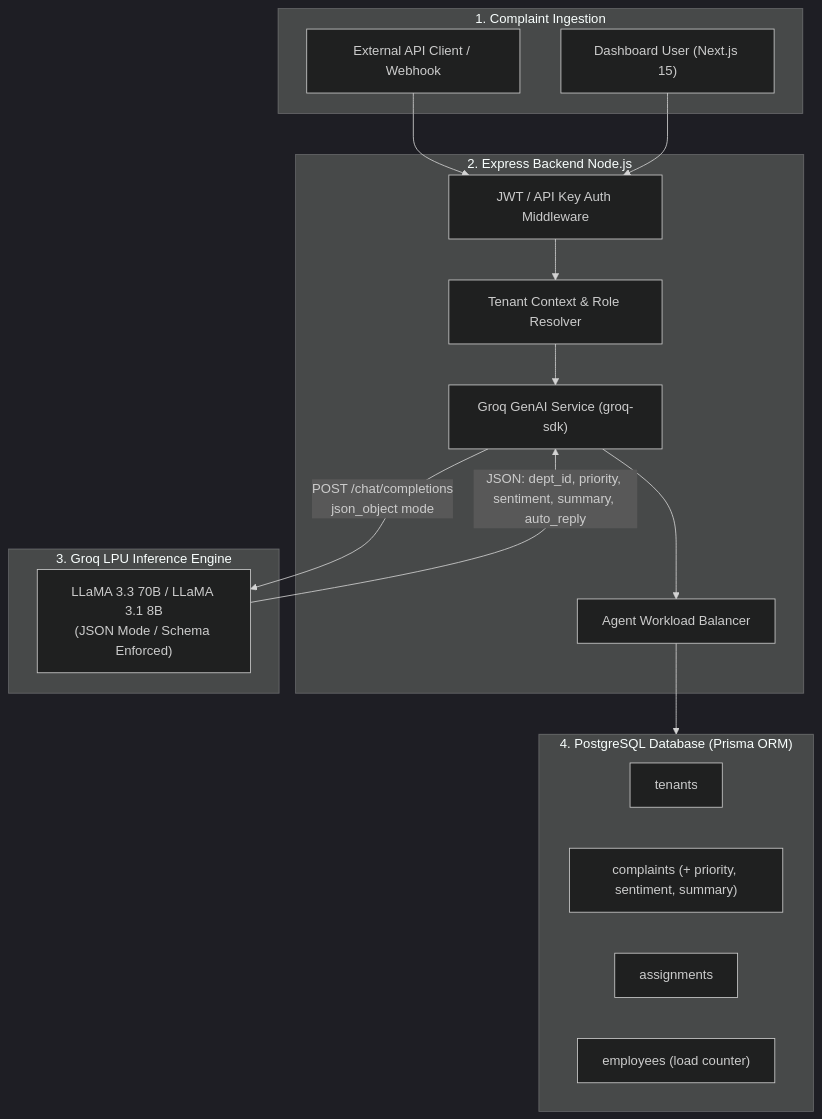
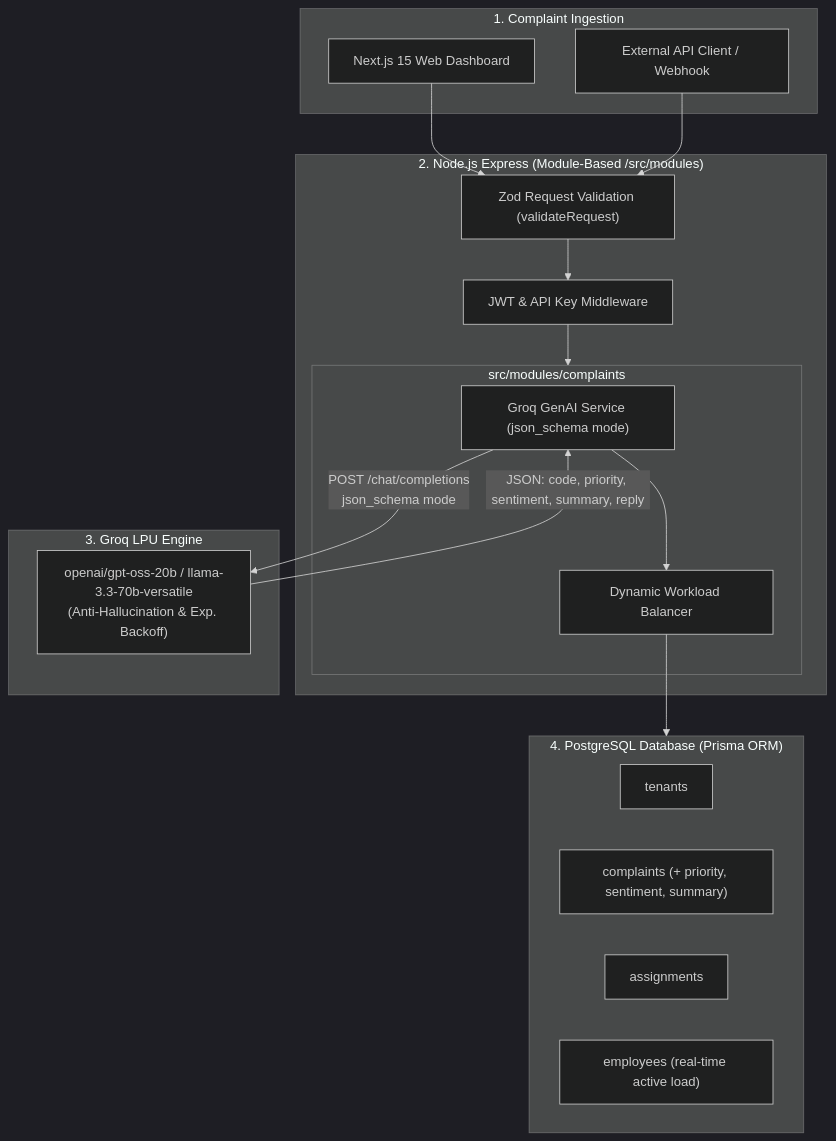
Before and after one commit to Amar2502/ServiceFlow: the first of 2 diagrams in features.md, drawn with Mermaid (dark theme). The commit also changed other lines of this file and 66 other files, not shown here.

Commit message:
refactored backend to support module structure

````diff
--- a/features.md
+++ b/features.md
@@ -12,36 +12,39 @@
 ```mermaid
 flowchart TD
     subgraph Ingestion["1. Complaint Ingestion"]
+        ClientApp["Next.js 15 Web Dashboard"]
         ExternalAPI["External API Client / Webhook"]
-        AdminAgent["Dashboard User (Next.js 15)"]
     end
 
-    subgraph BackendLayer["2. Express Backend Node.js"]
-        AuthMiddleware["JWT / API Key Auth Middleware"]
-        TenantContext["Tenant Context & Role Resolver"]
-        GroqService["Groq GenAI Service (groq-sdk)"]
-        WorkloadBalancer["Agent Workload Balancer"]
+    subgraph ExpressBackend["2. Node.js Express (Module-Based /src/modules)"]
+        Validation["Zod Request Validation (validateRequest)"]
+        AuthMiddleware["JWT & API Key Middleware"]
+        
+        subgraph ComplaintsModule["src/modules/complaints"]
+            GroqService["Groq GenAI Service (json_schema mode)"]
+            WorkloadBalancer["Dynamic Workload Balancer"]
+        end
     end
 
-    subgraph GroqCloud["3. Groq LPU Inference Engine"]
-        LLaMA["LLaMA 3.3 70B / LLaMA 3.1 8B\n(JSON Mode / Schema Enforced)"]
+    subgraph GroqCloud["3. Groq LPU Engine"]
+        GroqModel["openai/gpt-oss-20b / llama-3.3-70b-versatile\n(Anti-Hallucination & Exp. Backoff)"]
     end
 
     subgraph DBLayer["4. PostgreSQL Database (Prisma ORM)"]
         Tenants["tenants"]
         Complaints["complaints (+ priority, sentiment, summary)"]
         Assignments["assignments"]
-        Employees["employees (load counter)"]
-    end
+        Employees["employees (real-time active load)"]
+      end
 
-    ExternalAPI --> AuthMiddleware
-    AdminAgent --> AuthMiddleware
-    AuthMiddleware --> TenantContext
-    TenantContext --> GroqService
+    ClientApp --> Validation
+    ExternalAPI --> Validation
+    Validation --> AuthMiddleware
+    AuthMiddleware --> ComplaintsModule
     
-    GroqService -->|POST /chat/completions\njson_object mode| LLaMA
-    LLaMA -->|JSON: dept_id, priority, sentiment, summary, auto_reply| GroqService
+    GroqService -->|POST /chat/completions\njson_schema mode| GroqModel
+    GroqModel -->|JSON: code, priority, sentiment, summary, reply| GroqService
     
     GroqService --> WorkloadBalancer
     WorkloadBalancer --> DBLayer
 ```
````
